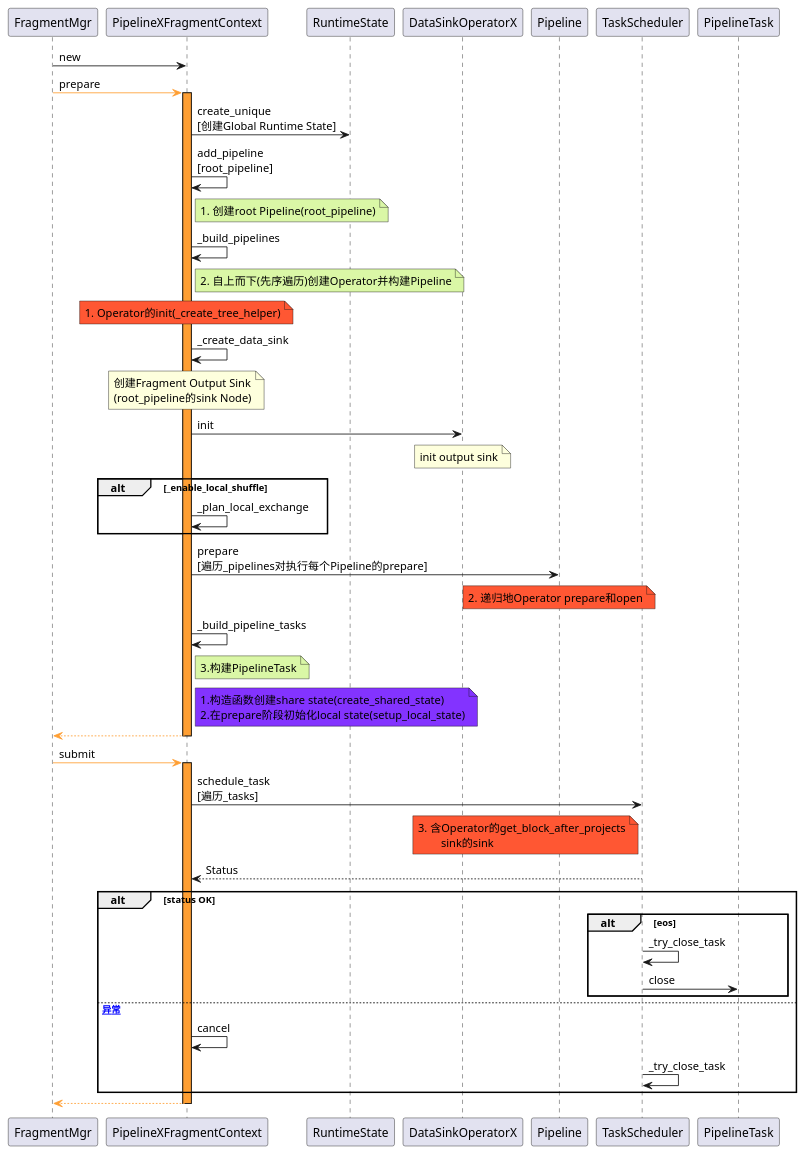
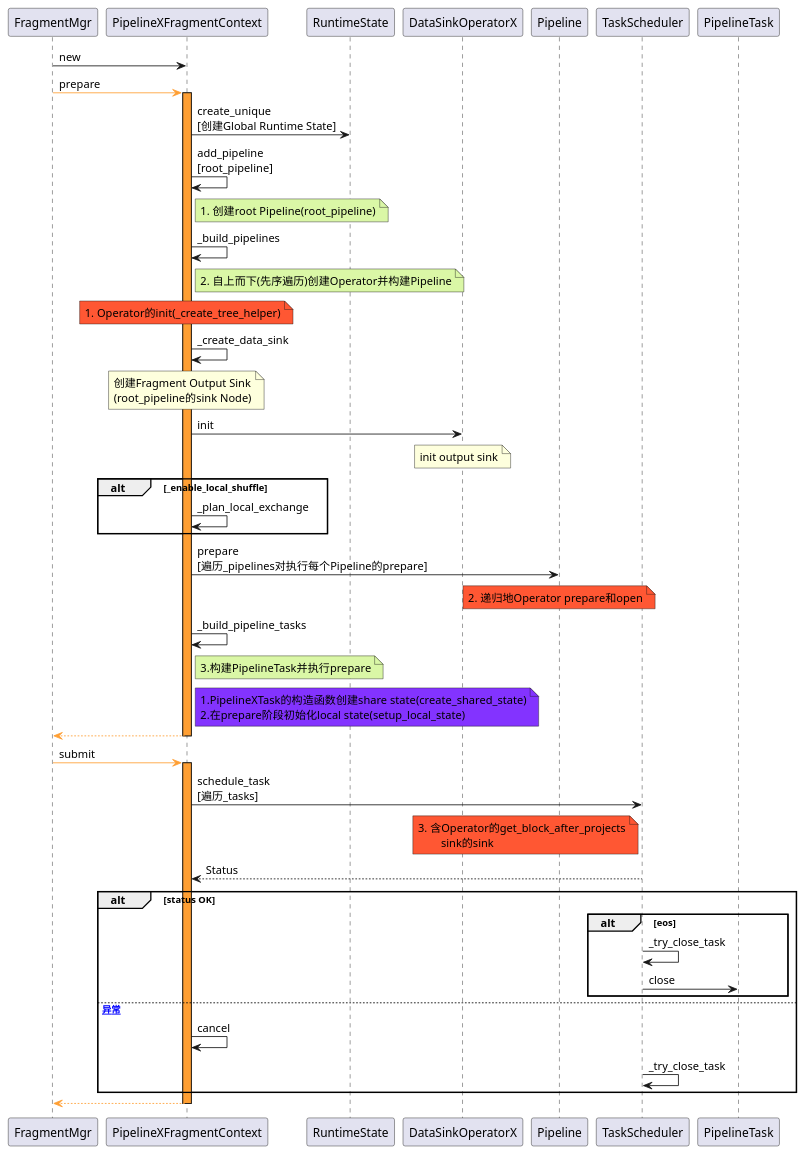
One commit to DepInjoy/geektime changed the first of 7 diagrams in doc/DB/Doris/SourceRead/13_00_00_Exec_PipelineX.md. Above: the diagram before and after it, drawn with PlantUML. The commit also changed other lines of this file and 1 other file, not shown here.

````diff
--- a/doc/DB/Doris/SourceRead/13_00_00_Exec_PipelineX.md
+++ b/doc/DB/Doris/SourceRead/13_00_00_Exec_PipelineX.md
@@ -49,51 +50,51 @@
 ```plantuml
 @startuml
 FragmentMgr -> PipelineXFragmentContext:new
 FragmentMgr -[#FF9F33]> PipelineXFragmentContext:prepare
 activate PipelineXFragmentContext #FF9F33
 PipelineXFragmentContext -> RuntimeState:create_unique\n[创建Global Runtime State]
 PipelineXFragmentContext -> PipelineXFragmentContext:add_pipeline\n[root_pipeline]
 note right of PipelineXFragmentContext #DAF7A6 : 1. 创建root Pipeline(root_pipeline)
 
 PipelineXFragmentContext -> PipelineXFragmentContext:_build_pipelines
 note right of PipelineXFragmentContext #DAF7A6 : 2. 自上而下(先序遍历)创建Operator并构建Pipeline
 note over of PipelineXFragmentContext #FF5733 : 1. Operator的init(_create_tree_helper)
 
 PipelineXFragmentContext -> PipelineXFragmentContext:_create_data_sink
 note over of PipelineXFragmentContext: 创建Fragment Output Sink\n(root_pipeline的sink Node)
 
 PipelineXFragmentContext -> DataSinkOperatorX:init
 note over of DataSinkOperatorX : init output sink
 
 alt _enable_local_shuffle
 PipelineXFragmentContext -> PipelineXFragmentContext:_plan_local_exchange
 end
 
 PipelineXFragmentContext -> Pipeline:prepare\n[遍历_pipelines对执行每个Pipeline的prepare]
 note over of Pipeline #FF5733 : 2. 递归地Operator prepare和open
 
 PipelineXFragmentContext -> PipelineXFragmentContext :_build_pipeline_tasks
-note right of PipelineXFragmentContext #DAF7A6 : 3.构建PipelineTask
-note right of PipelineXFragmentContext #8333FF : 1.构造函数创建share state(create_shared_state)\n2.在prepare阶段初始化local state(setup_local_state)
+note right of PipelineXFragmentContext #DAF7A6 : 3.构建PipelineTask并执行prepare
+note right of PipelineXFragmentContext #8333FF : 1.PipelineXTask的构造函数创建share state(create_shared_state)\n2.在prepare阶段初始化local state(setup_local_state)
 
 PipelineXFragmentContext -[#FF9F33]-> FragmentMgr
 deactivate PipelineXFragmentContext
 
 FragmentMgr -[#FF9F33]> PipelineXFragmentContext:submit
 activate PipelineXFragmentContext #FF9F33
 PipelineXFragmentContext -> TaskScheduler:schedule_task\n[遍历_tasks]
 note left of TaskScheduler #FF5733 : 3. 含Operator的get_block_after_projects\n\tsink的sink
 TaskScheduler --> PipelineXFragmentContext : Status
 alt status OK
     alt eos
         TaskScheduler -> TaskScheduler:_try_close_task
         TaskScheduler -> PipelineTask:close
     end
 else [异常]
     PipelineXFragmentContext -> PipelineXFragmentContext:cancel
     TaskScheduler -> TaskScheduler:_try_close_task
 end
 PipelineXFragmentContext -[#FF9F33]-> FragmentMgr
 deactivate PipelineXFragmentContext
 @enduml
 ```
````
